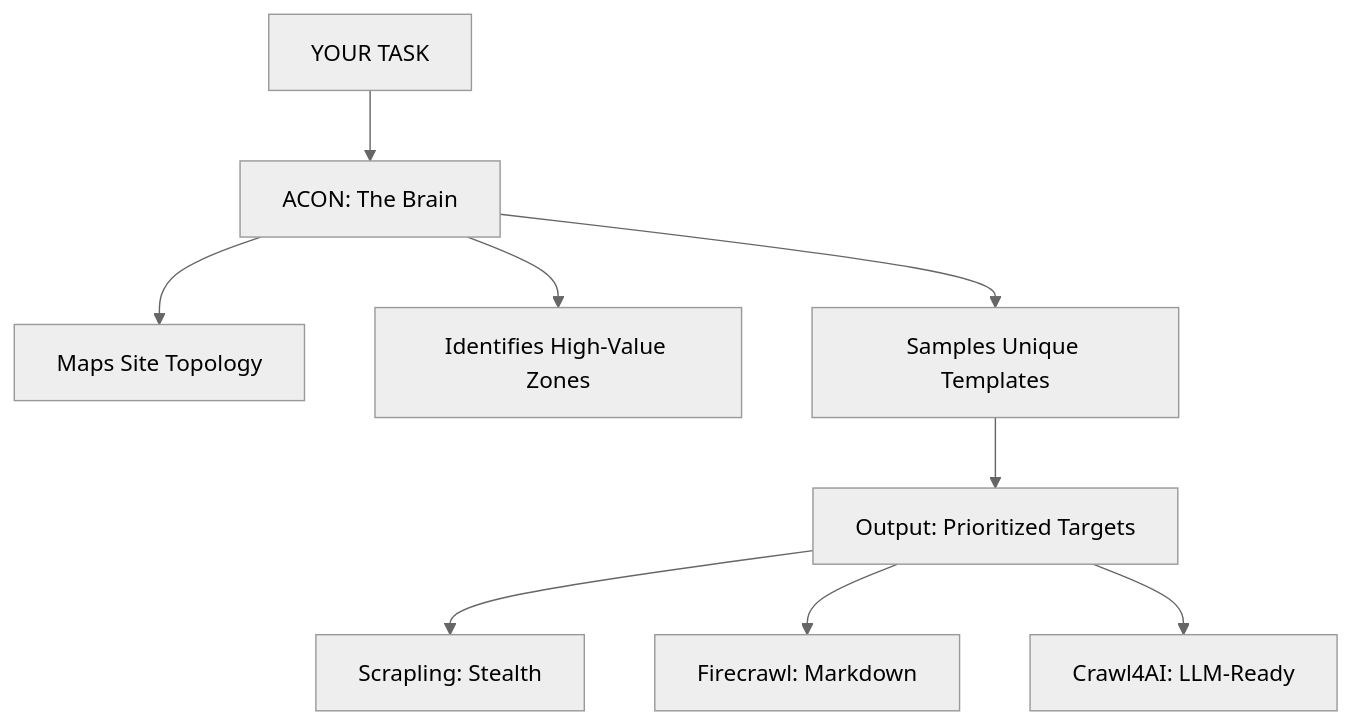
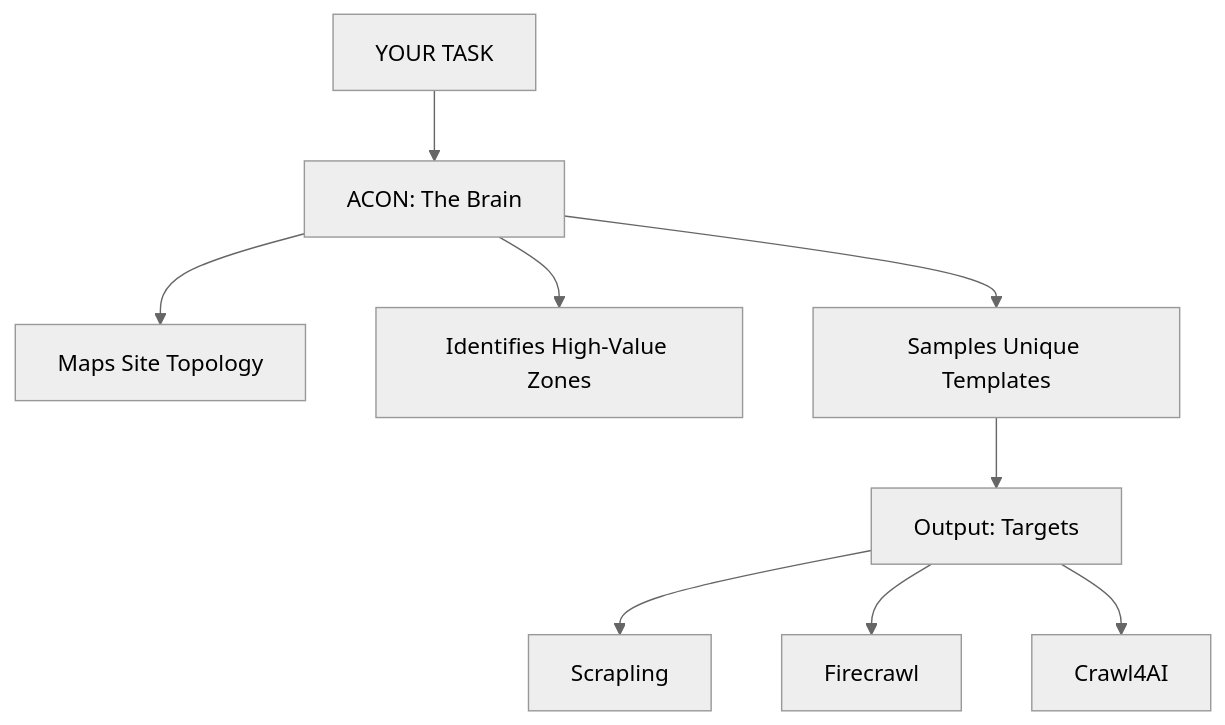
Before and after one commit to WillyEverGreen/acon: the diagram in README.md, drawn with Mermaid (neutral theme). The commit also changed other lines of this file and 4 other files, not shown here.

Commit message:
docs: clean up README, fix diagram labels, and consolidate benchmarks

````diff
--- a/README.md
+++ b/README.md
@@ -48,11 +48,11 @@
 ```mermaid
 graph TD
     A[YOUR TASK] --> B[ACON: The Brain]
     B --> B1[Maps Site Topology]
     B --> B2[Identifies High-Value Zones]
     B --> B3[Samples Unique Templates]
-    B3 --> C[Output: Prioritized Targets]
-    C --> D[Scrapling: Stealth]
-    C --> E[Firecrawl: Markdown]
-    C --> F[Crawl4AI: LLM-Ready]
+    B3 --> C[Output: Targets]
+    C --> D[Scrapling]
+    C --> E[Firecrawl]
+    C --> F[Crawl4AI]
 ```
````
